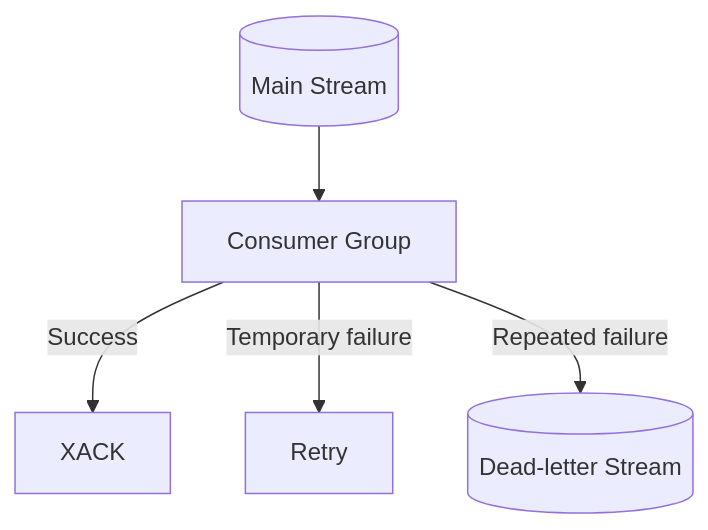
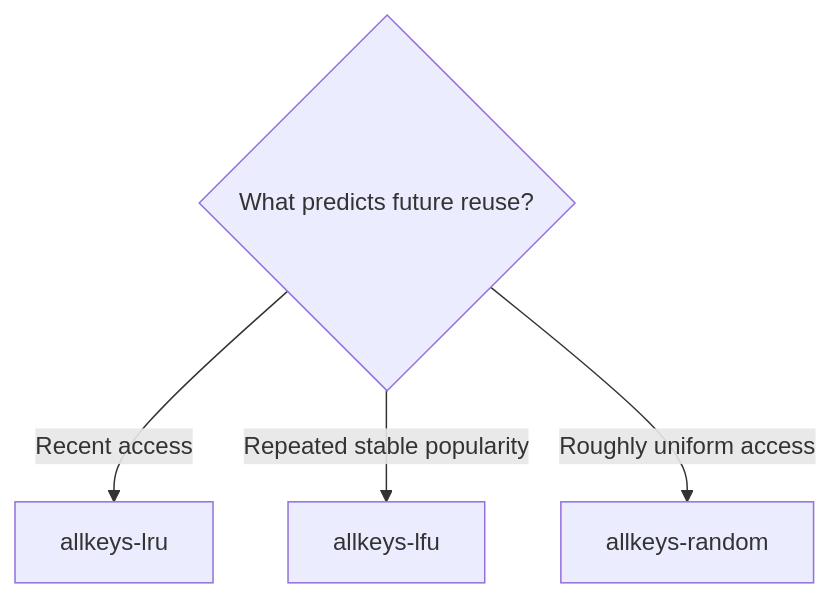
Before and after one commit to AvadhBhalodiya/Interview-Preparation: the seventh of 9 diagrams in src/content/caching/cache-strategies.md, drawn with Mermaid. The commit also changed other lines of this file and 54 other files, not shown here.

````diff
--- a/src/content/caching/cache-strategies.md
+++ b/src/content/caching/cache-strategies.md
@@ -686,7 +473,7 @@
 ```mermaid
 flowchart TD
-    M[(Main Stream)] --> CG[Consumer Group]
-    CG -->|Success| ACK[XACK]
-    CG -->|Temporary failure| RETRY[Retry]
-    CG -->|Repeated failure| DLQ[(Dead-letter Stream)]
+    A{What predicts future reuse?}
+    A -->|Recent access| B[allkeys-lru]
+    A -->|Repeated stable popularity| C[allkeys-lfu]
+    A -->|Roughly uniform access| D[allkeys-random]
 ```
````
